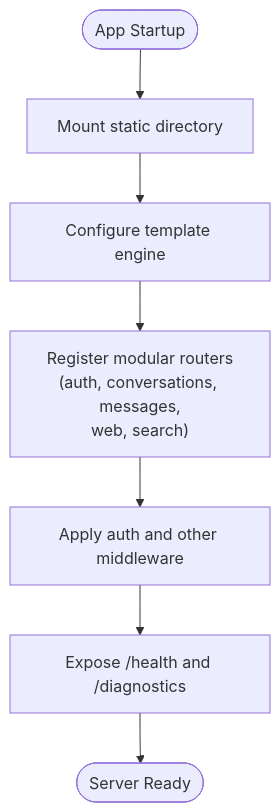
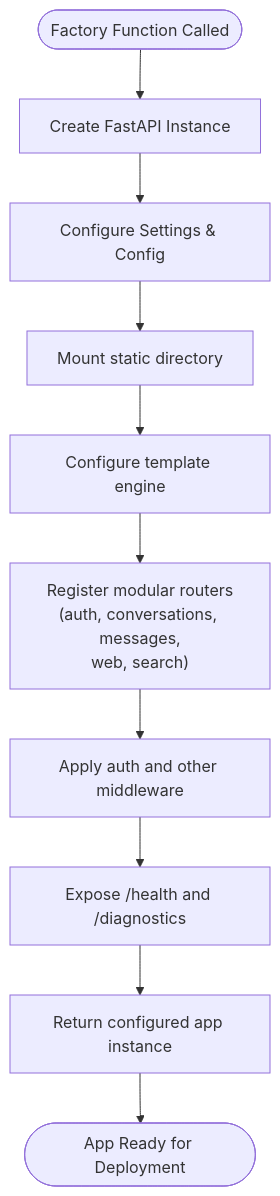
One commit to zuohaisu/wecom-archive changed the third of 17 diagrams in .qoder/repowiki/en/content/Architecture/Web Application Architecture/Web Application Architecture.md. Above: the diagram before and after it, drawn with Mermaid. The commit also changed other lines of this file and 97 other files, not shown here.

````diff
--- a/.qoder/repowiki/en/content/Architecture/Web Application Architecture/Web Application Architecture.md
+++ b/.qoder/repowiki/en/content/Architecture/Web Application Architecture/Web Application Architecture.md
@@ -221,9 +226,12 @@
 ```mermaid
 flowchart TD
-Start(["App Startup"]) --> MountStatic["Mount static directory"]
+Start(["Factory Function Called"]) --> CreateApp["Create FastAPI Instance"]
+CreateApp --> ConfigureSettings["Configure Settings & Config"]
+ConfigureSettings --> MountStatic["Mount static directory"]
 MountStatic --> MountTemplates["Configure template engine"]
 MountTemplates --> RegisterRouters["Register modular routers<br/>(auth, conversations, messages,<br/>web, search)"]
 RegisterRouters --> ApplyMiddleware["Apply auth and other middleware"]
 ApplyMiddleware --> HealthEndpoints["Expose /health and /diagnostics"]
-HealthEndpoints --> Ready(["Server Ready"])
+HealthEndpoints --> ReturnApp["Return configured app instance"]
+ReturnApp --> Ready(["App Ready for Deployment"])
 ```
````
